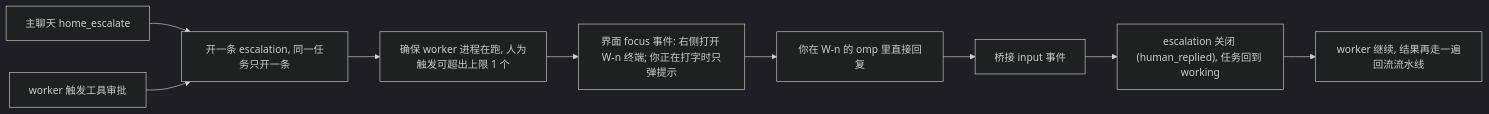
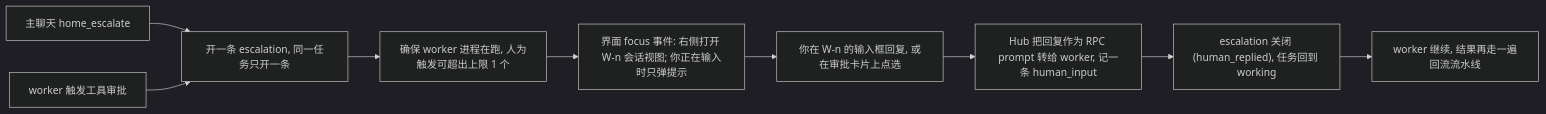
The fourth of 8 diagrams in docs/PIPELINES.md (xianxianxianyu/omp-home), drawn with Mermaid (dark theme) before and after one commit. The commit also changed other lines of this file and 75 other files, not shown here.

Commit message:
omp-home v2: omp in RPC mode, structured session renderer, Tauri macOS app with signed updates

````diff
--- a/docs/PIPELINES.md
+++ b/docs/PIPELINES.md
@@ -94,11 +94,11 @@
 ```mermaid
 flowchart LR
   E1[主聊天 home_escalate] --> E2["开一条 escalation, 同一任务只开一条"]
   A1[worker 触发工具审批] --> E2
   E2 --> E3["确保 worker 进程在跑, 人为触发可超出上限 1 个"]
-  E3 --> E4["界面 focus 事件: 右侧打开 W-n 终端; 你正在打字时只弹提示"]
-  E4 --> E5["你在 W-n 的 omp 里直接回复"]
-  E5 --> E6[桥接 input 事件]
+  E3 --> E4["界面 focus 事件: 右侧打开 W-n 会话视图; 你正在输入时只弹提示"]
+  E4 --> E5["你在 W-n 的输入框回复, 或在审批卡片上点选"]
+  E5 --> E6["Hub 把回复作为 RPC prompt 转给 worker, 记一条 human_input"]
   E6 --> E7["escalation 关闭 (human_replied), 任务回到 working"]
   E7 --> E8[worker 继续, 结果再走一遍回流流水线]
 ```
````
